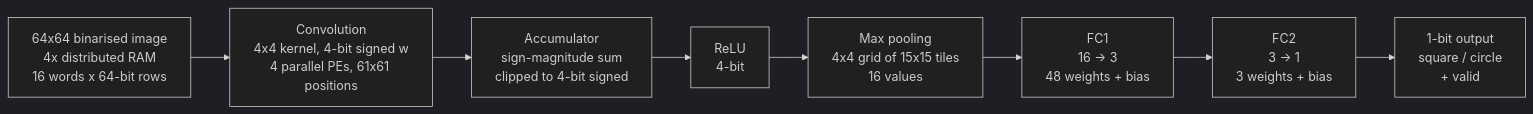
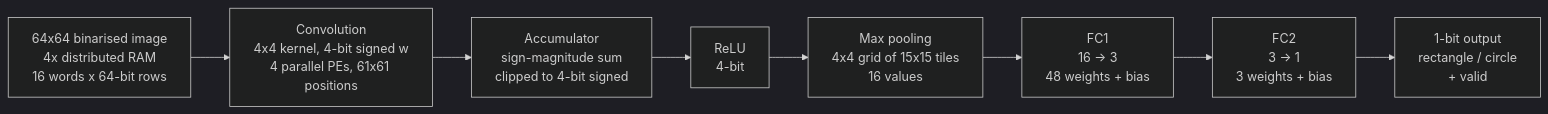
Before and after one commit to ItsZubin/cnn-fpga-accelerator: the diagram in README.md, drawn with Mermaid (dark theme). The commit also changed other lines of this file and 1 other file, not shown here.

First line of the commit message:
Correct classification label: rectangle, not square

````diff
--- a/README.md
+++ b/README.md
@@ -53,11 +53,11 @@
 ```mermaid
 flowchart LR
     A["64x64 binarised image<br/>4x distributed RAM<br/>16 words x 64-bit rows"] --> B
     B["Convolution<br/>4x4 kernel, 4-bit signed w<br/>4 parallel PEs, 61x61 positions"] --> C
     C["Accumulator<br/>sign-magnitude sum<br/>clipped to 4-bit signed"] --> D
     D["ReLU<br/>4-bit"] --> E
     E["Max pooling<br/>4x4 grid of 15x15 tiles<br/>16 values"] --> F
     F["FC1<br/>16 -> 3<br/>48 weights + bias"] --> G
     G["FC2<br/>3 -> 1<br/>3 weights + bias"] --> H
-    H["1-bit output<br/>square / circle<br/>+ valid"]
+    H["1-bit output<br/>rectangle / circle<br/>+ valid"]
 ```
````
